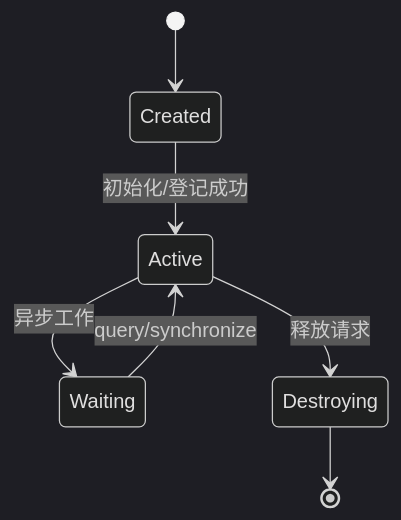
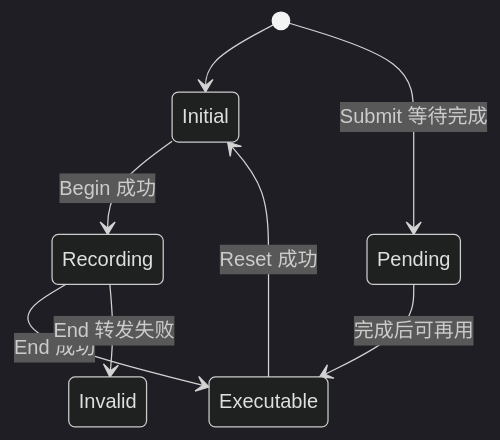
Before and after one commit to visionarywind/Projects: the third of 4 diagrams in musa/01-modules/M09-hal-m3d/diagrams.md, drawn with Mermaid (dark theme). The commit also changed other lines of this file and 388 other files, not shown here.

````diff
--- a/musa/01-modules/M09-hal-m3d/diagrams.md
+++ b/musa/01-modules/M09-hal-m3d/diagrams.md
@@ -15,9 +46,10 @@
 ```mermaid
 stateDiagram-v2
- [*] --> Created
- Created --> Active: 初始化/登记成功
- Active --> Waiting: 异步工作
- Waiting --> Active: query/synchronize
- Active --> Destroying: 释放请求
- Destroying --> [*]
+ [*] --> Initial
+ Initial --> Recording: Begin 成功
+ Recording --> Executable: End 成功
+ Executable --> Initial: Reset 成功
+  Recording --> Invalid: End 转发失败
+ [*] --> Pending: Submit 等待完成
+ Pending --> Executable: 完成后可再用
 ```
````
